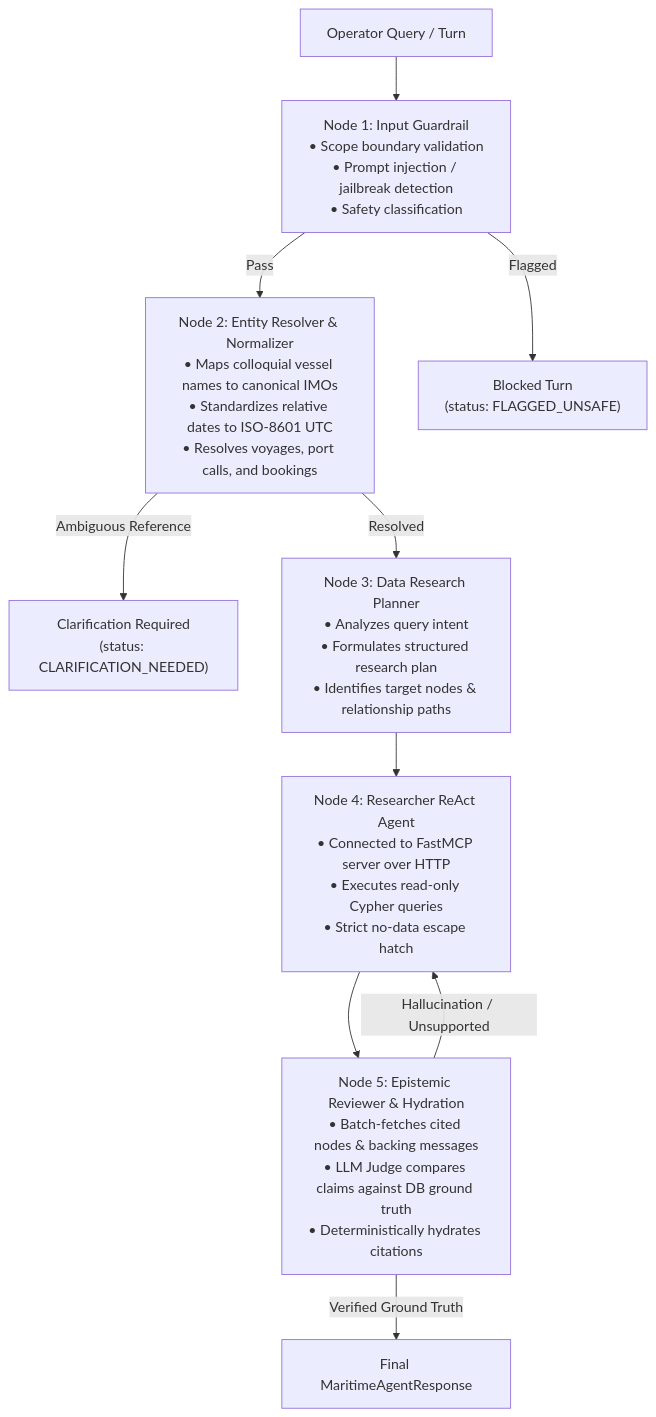
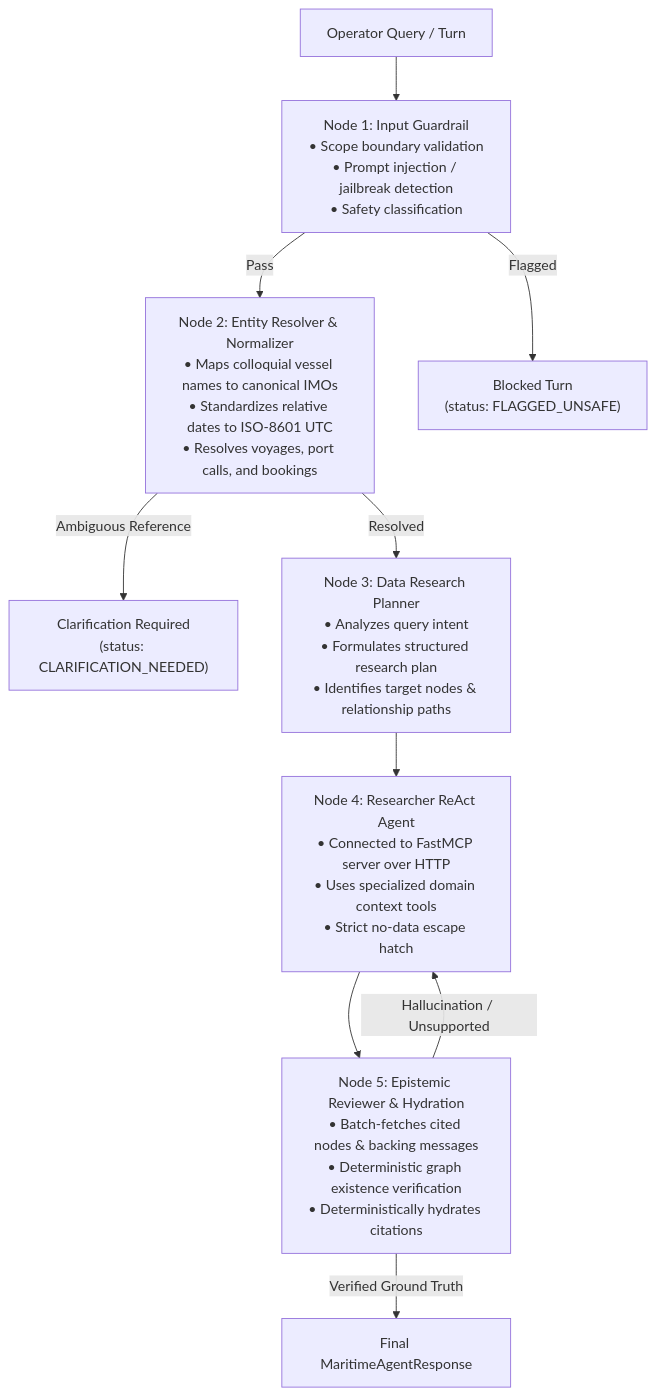
One commit to Gokul-panneerselvam/maritime-assistant changed the diagram in ai_agent/README.md. Above: the diagram before and after it, drawn with Mermaid. The commit also changed other lines of this file and 52 other files, not shown here.

Commit message:
feat(ai-agent): complete LangGraph operational agent, FastMCP domain tools, and React TypeScript UI

````diff
--- a/ai_agent/README.md
+++ b/ai_agent/README.md
@@ -13,17 +13,18 @@
 ```mermaid
 flowchart TD
     User["Operator Query / Turn"] --> N1["Node 1: Input Guardrail<br/>• Scope boundary validation<br/>• Prompt injection / jailbreak detection<br/>• Safety classification"]
     
     N1 -->|Pass| N2["Node 2: Entity Resolver & Normalizer<br/>• Maps colloquial vessel names to canonical IMOs<br/>• Standardizes relative dates to ISO-8601 UTC<br/>• Resolves voyages, port calls, and bookings"]
     N1 -->|Flagged| Flagged["Blocked Turn<br/>(status: FLAGGED_UNSAFE)"]
     
     N2 -->|Ambiguous Reference| Clarify["Clarification Required<br/>(status: CLARIFICATION_NEEDED)"]
     N2 -->|Resolved| N3["Node 3: Data Research Planner<br/>• Analyzes query intent<br/>• Formulates structured research plan<br/>• Identifies target nodes & relationship paths"]
     
-    N3 --> N4["Node 4: Researcher ReAct Agent<br/>• Connected to FastMCP server over HTTP<br/>• Executes read-only Cypher queries<br/>• Strict no-data escape hatch"]
+    N3 --> N4["Node 4: Researcher ReAct Agent<br/>• Connected to FastMCP server over HTTP<br/>• Uses specialized domain context tools<br/>• Strict no-data escape hatch"]
     
-    N4 --> N5["Node 5: Epistemic Reviewer & Hydration<br/>• Batch-fetches cited nodes & backing messages<br/>• LLM Judge compares claims against DB ground truth<br/>• Deterministically hydrates citations"]
+    N5["Node 5: Epistemic Reviewer & Hydration<br/>• Batch-fetches cited nodes & backing messages<br/>• Deterministic graph existence verification<br/>• Deterministically hydrates citations"]
     
+    N4 --> N5
     N5 -->|Hallucination / Unsupported| N4
     N5 -->|Verified Ground Truth| Final["Final MaritimeAgentResponse"]
 ```
````
